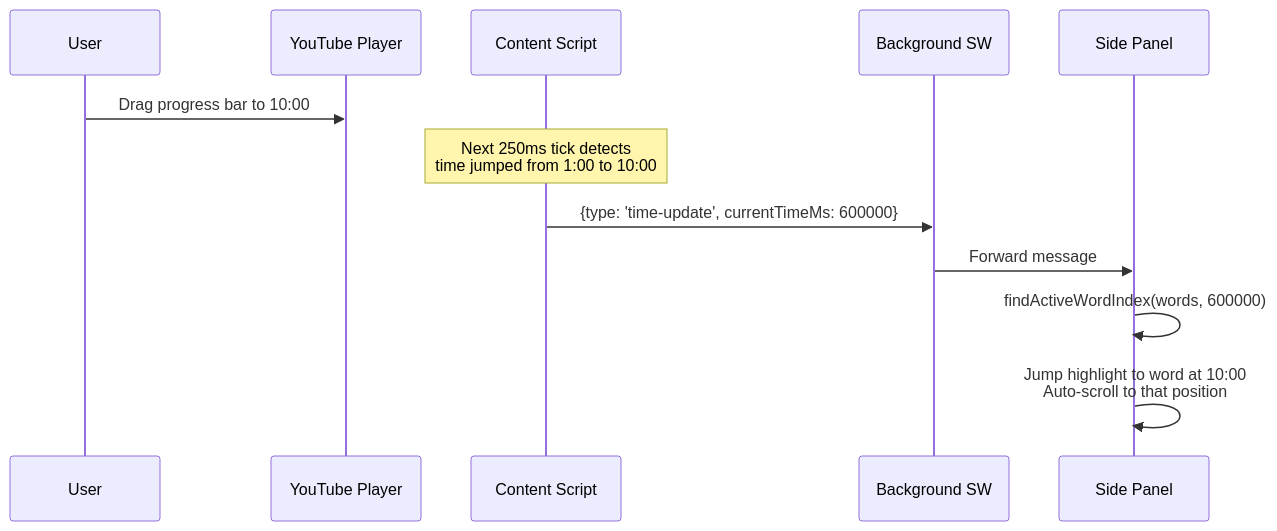
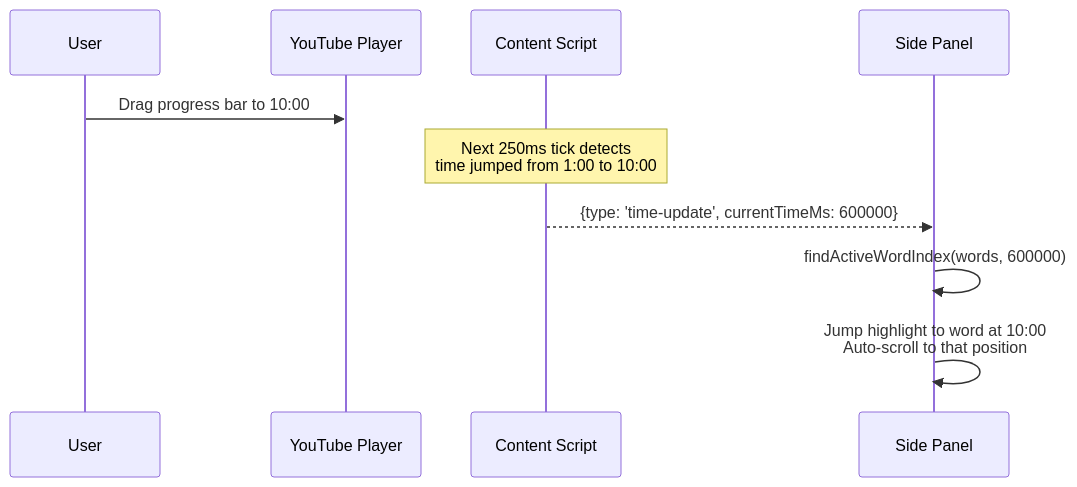
One commit to tednaleid/quoth changed the fifth of 7 diagrams in docs/spec/architecture.md. Above: the diagram before and after it, drawn with Mermaid. The commit also changed other lines of this file, not shown here.

First line of the commit message:
Rewrite architecture.md: direct messaging, Firefox, TabConnector

````diff
--- a/docs/spec/architecture.md
+++ b/docs/spec/architecture.md
@@ -149,16 +172,14 @@
 ```mermaid
 sequenceDiagram
     participant User
     participant YT as YouTube Player
     participant CS as Content Script
-    participant BG as Background SW
     participant SP as Side Panel
 
     User->>YT: Drag progress bar to 10:00
 
     Note over CS: Next 250ms tick detects<br/>time jumped from 1:00 to 10:00
-    CS->>BG: {type: 'time-update', currentTimeMs: 600000}
-    BG->>SP: Forward message
+    CS-->>SP: {type: 'time-update', currentTimeMs: 600000}
     SP->>SP: findActiveWordIndex(words, 600000)
     SP->>SP: Jump highlight to word at 10:00<br/>Auto-scroll to that position
 ```
````
